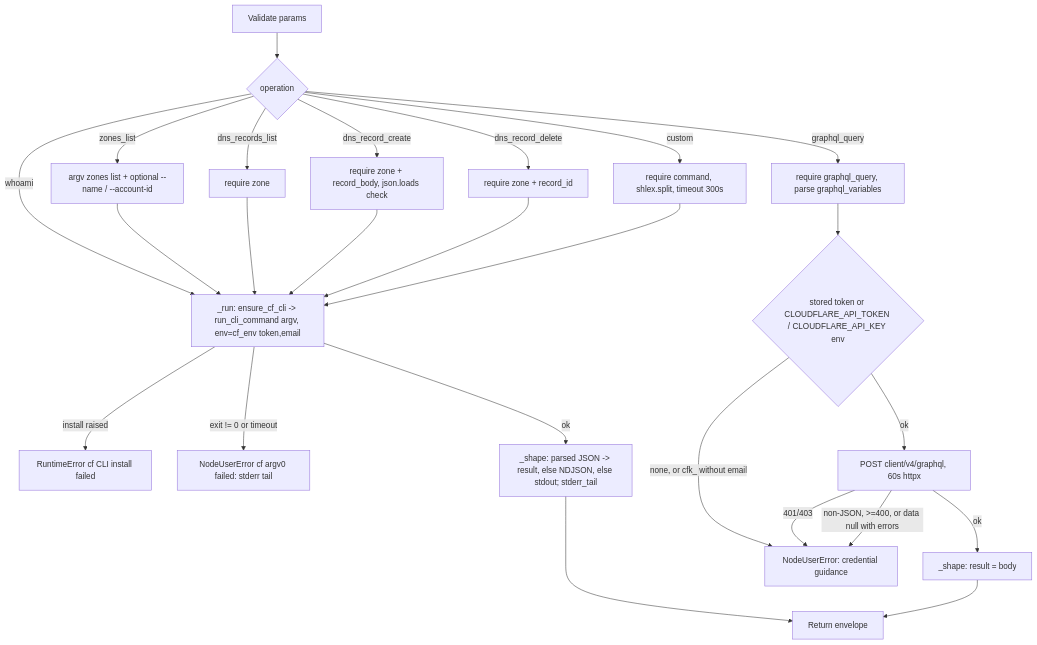
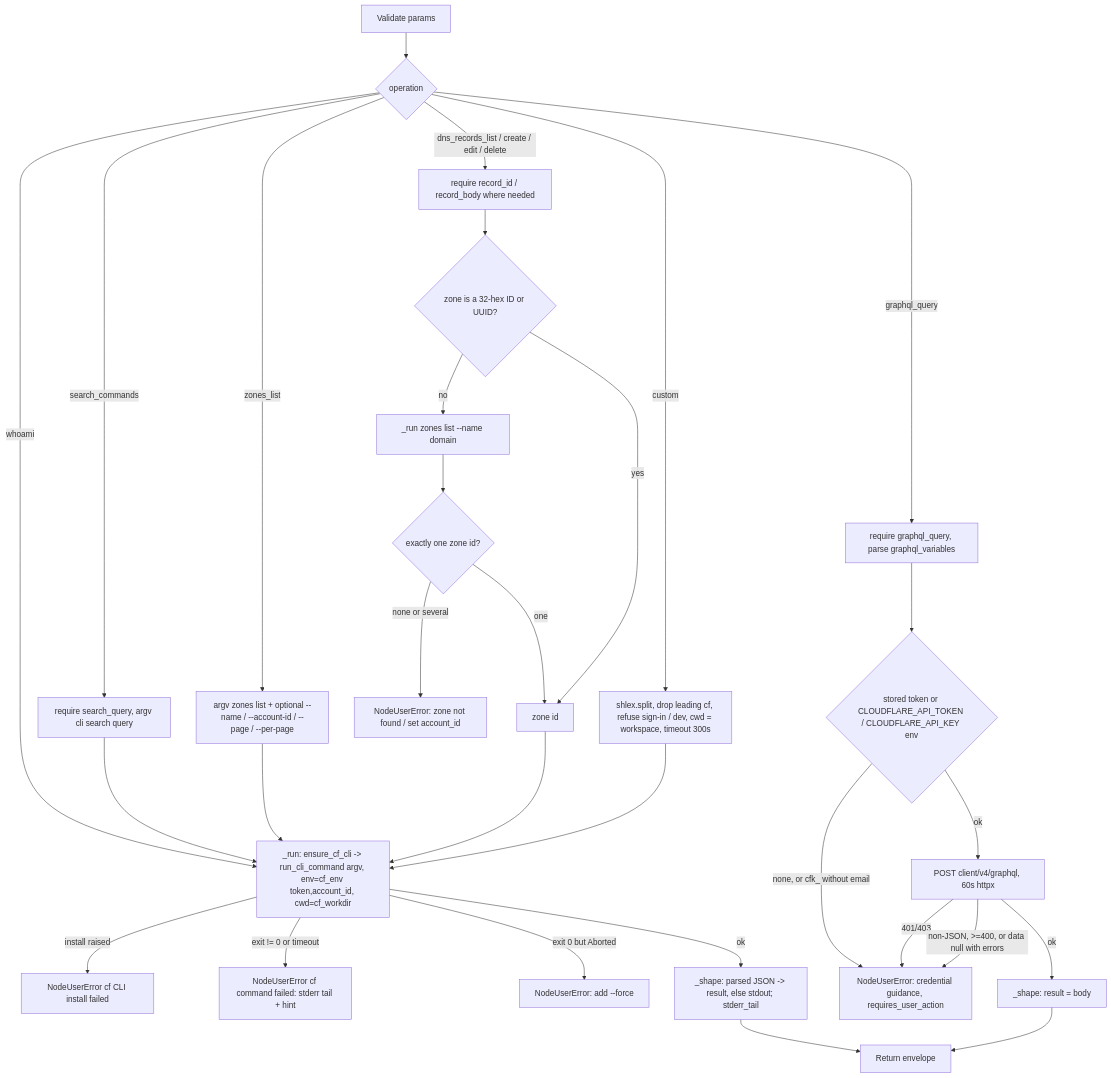
Before and after one commit to Addval-Connect/OpenCompany: the diagram in docs-internal/node-logic-flows/cli_integrations/cloudflareAction.md, drawn with Mermaid. The commit also changed other lines of this file and 126 other files, not shown here.

````diff
--- a/docs-internal/node-logic-flows/cli_integrations/cloudflareAction.md
+++ b/docs-internal/node-logic-flows/cli_integrations/cloudflareAction.md
@@ -70,22 +76,28 @@
 ```mermaid
 flowchart TD
   A[Validate params] --> B{operation}
-  B -- whoami --> R[_run: ensure_cf_cli -> run_cli_command argv, env=cf_env token,email]
-  B -- zones_list --> Z[argv zones list + optional --name / --account-id] --> R
-  B -- dns_records_list --> D1[require zone] --> R
-  B -- dns_record_create --> D2[require zone + record_body, json.loads check] --> R
-  B -- dns_record_delete --> D3[require zone + record_id] --> R
-  B -- custom --> C[require command, shlex.split, timeout 300s] --> R
+  B -- whoami --> R[_run: ensure_cf_cli -> run_cli_command argv, env=cf_env token,account_id, cwd=cf_workdir]
+  B -- search_commands --> Q[require search_query, argv cli search query] --> R
+  B -- zones_list --> Z[argv zones list + optional --name / --account-id / --page / --per-page] --> R
+  B -- dns_records_list / create / edit / delete --> D[require record_id / record_body where needed]
+  D --> ZI{zone is a 32-hex ID or UUID?}
+  ZI -- no --> ZL[_run zones list --name domain] --> ZR{exactly one zone id?}
+  ZR -- none or several --> ERR3[NodeUserError: zone not found / set account_id]
+  ZR -- one --> ZID[zone id]
+  ZI -- yes --> ZID
+  ZID --> R
+  B -- custom --> C[shlex.split, drop leading cf, refuse sign-in / dev, cwd = workspace, timeout 300s] --> R
   B -- graphql_query --> G[require graphql_query, parse graphql_variables]
   G --> K{stored token or CLOUDFLARE_API_TOKEN / CLOUDFLARE_API_KEY env}
-  K -- none, or cfk_ without email --> ERR[NodeUserError: credential guidance]
+  K -- none, or cfk_ without email --> ERR[NodeUserError: credential guidance, requires_user_action]
   K -- ok --> P[POST client/v4/graphql, 60s httpx]
   P -- 401/403 --> ERR
   P -- non-JSON, >=400, or data null with errors --> ERR
   P -- ok --> S[_shape: result = body]
-  R -- install raised --> RT[RuntimeError cf CLI install failed]
-  R -- exit != 0 or timeout --> ERR2[NodeUserError cf argv0 failed: stderr tail]
-  R -- ok --> S2[_shape: parsed JSON -> result, else NDJSON, else stdout; stderr_tail]
+  R -- install raised --> RT[NodeUserError cf CLI install failed]
+  R -- exit != 0 or timeout --> ERR2[NodeUserError cf command failed: stderr tail + hint]
+  R -- exit 0 but Aborted --> ERR4[NodeUserError: add --force]
+  R -- ok --> S2[_shape: parsed JSON -> result, else stdout; stderr_tail]
   S --> OUT[Return envelope]
   S2 --> OUT
 ```
````
